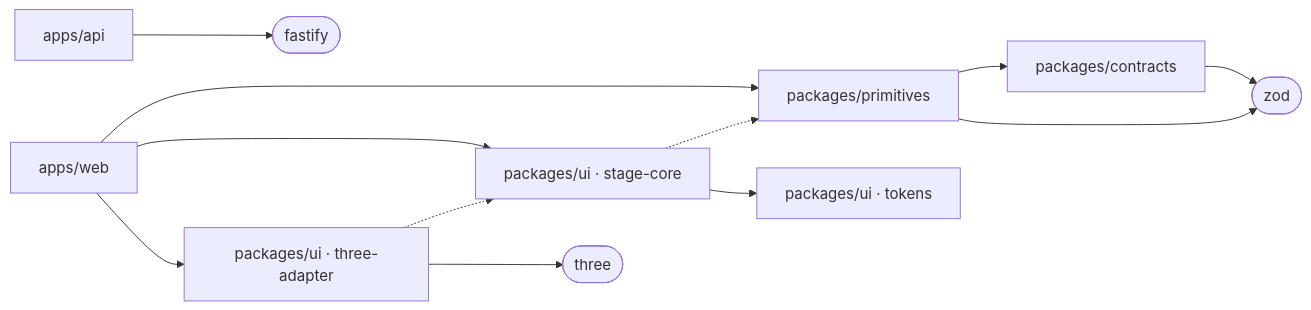
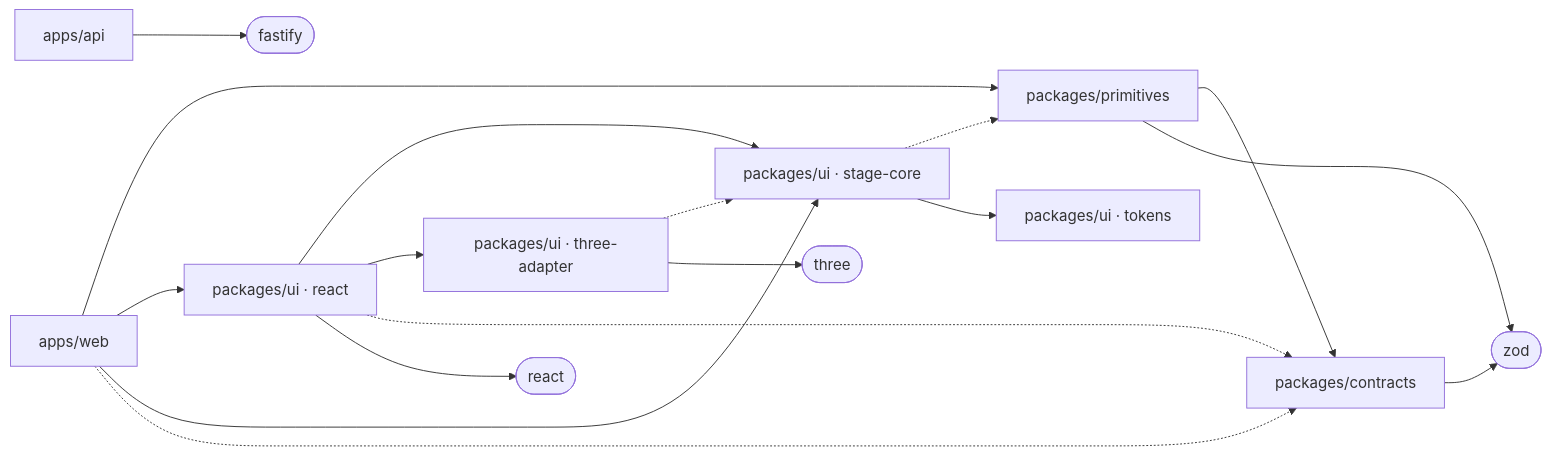
The first of 2 diagrams in docs/architecture.md (ritwiz06/PaperPlay), drawn with Mermaid before and after one commit. The commit also changed other lines of this file and 9 other files, not shown here.

````diff
--- a/docs/architecture.md
+++ b/docs/architecture.md
@@ -32,14 +34,19 @@
 ```mermaid
 flowchart LR
   web["apps/web"] --> primitives["packages/primitives"]
+  web --> react["packages/ui · react"]
   web --> stagecore["packages/ui · stage-core"]
-  web --> adapter["packages/ui · three-adapter"]
+  web -.-> contracts
+  react --> stagecore
+  react --> adapter["packages/ui · three-adapter"]
+  react -.-> contracts
+  react --> reactlib(["react"])
   primitives --> contracts["packages/contracts"]
   stagecore -.-> primitives
   stagecore --> tokens["packages/ui · tokens"]
   adapter -.-> stagecore
   contracts --> zod(["zod"])
   primitives --> zod
   adapter --> three(["three"])
   api["apps/api"] --> fastify(["fastify"])
 ```
````
